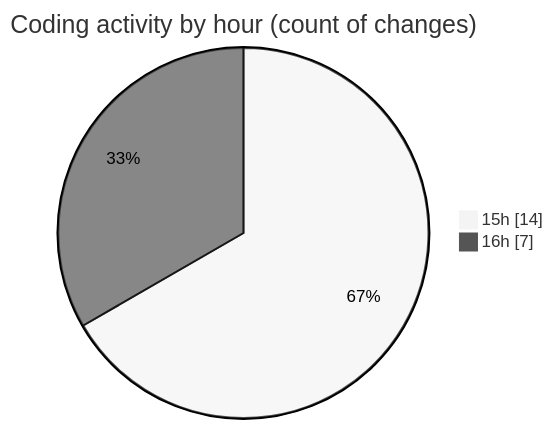
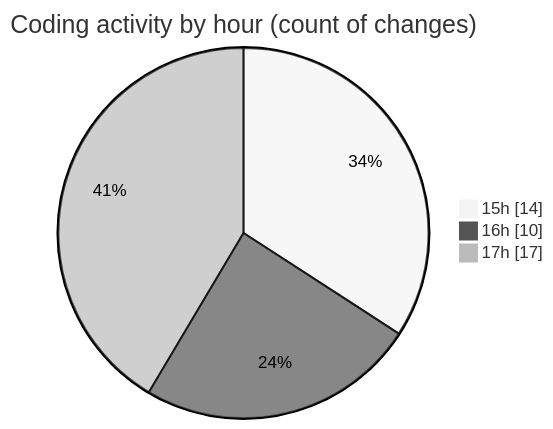
The second of 2 diagrams in 2026-03-23/nxtqube_webapp/README.md (nxtqubesakshisongat/code-tracking), drawn with Mermaid (neutral theme) before and after one commit. The commit also changed other lines of this file and 1 other file, not shown here.

````diff
--- a/2026-03-23/nxtqube_webapp/README.md
+++ b/2026-03-23/nxtqube_webapp/README.md
@@ -32,6 +32,7 @@
 ```mermaid
 pie showData
 title Coding activity by hour (count of changes)
 "15h" : 14
-"16h" : 7
+"16h" : 10
+"17h" : 17
 ```
````
